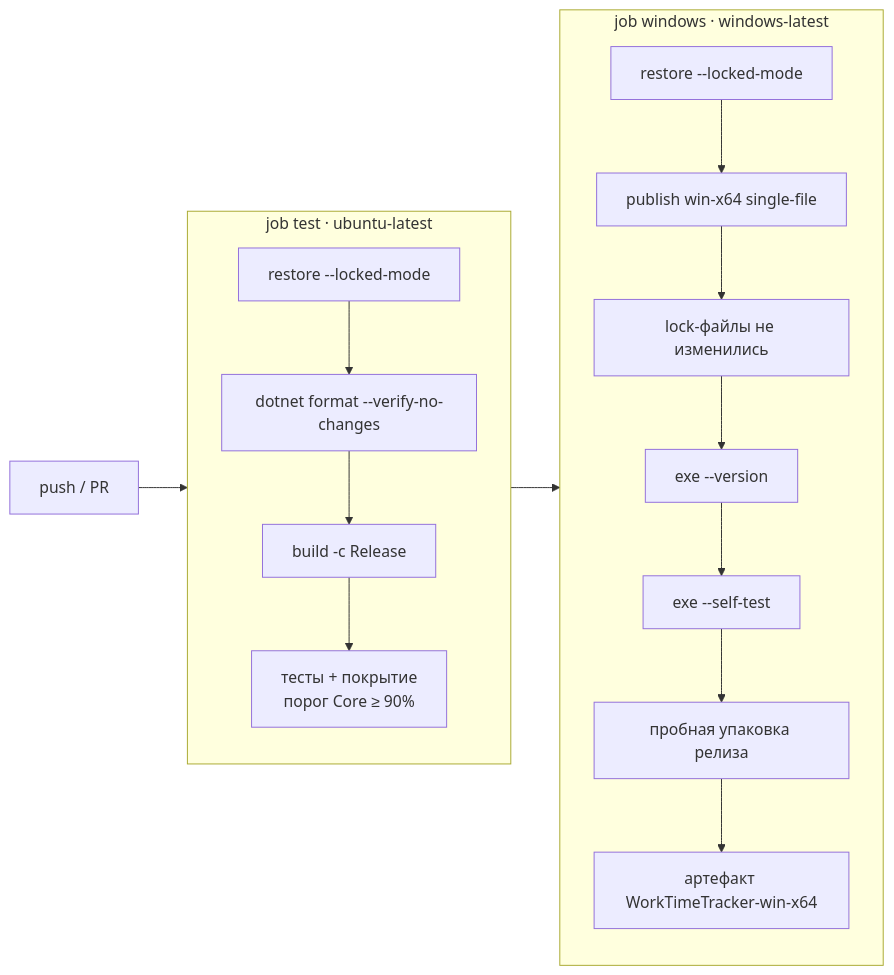
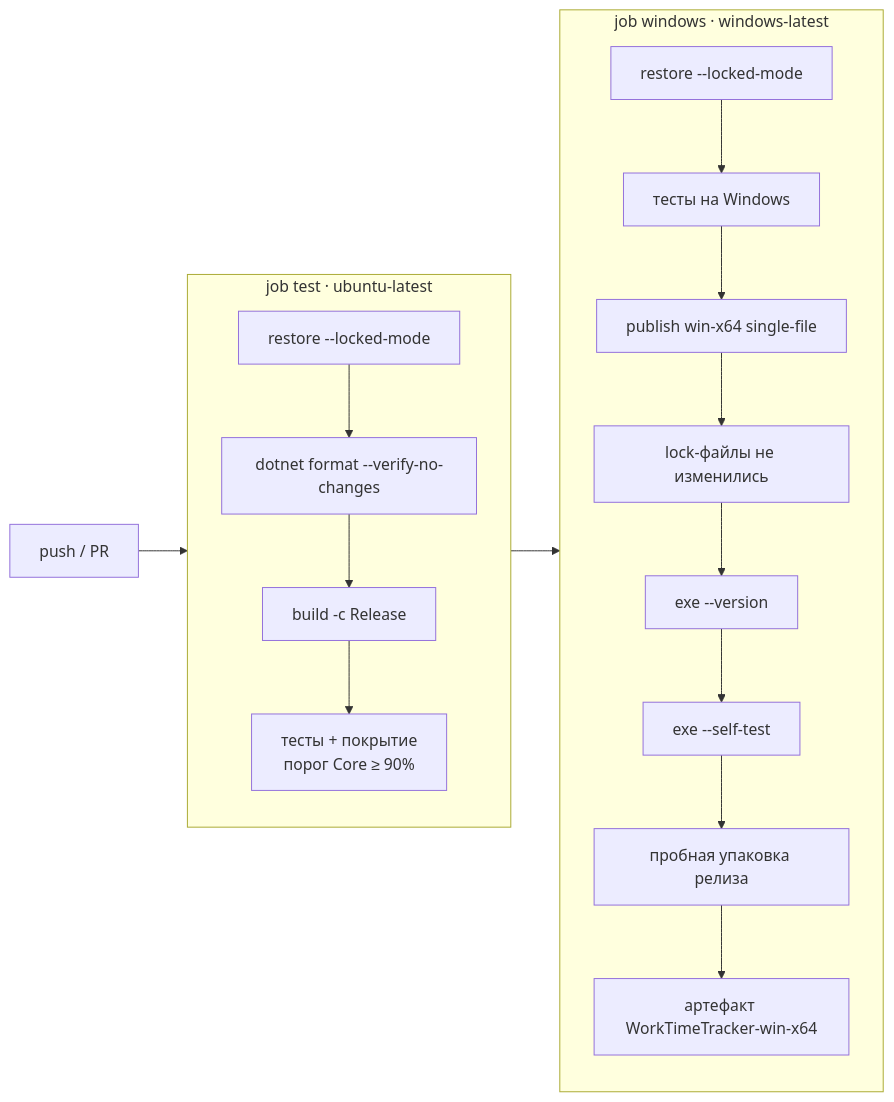
Before and after one commit to z1ec/RDN-time-tracker: the diagram in docs/BUILD_AND_RELEASE.md, drawn with Mermaid. The commit also changed other lines of this file and 4 other files, not shown here.

````diff
--- a/docs/BUILD_AND_RELEASE.md
+++ b/docs/BUILD_AND_RELEASE.md
@@ -9,11 +9,11 @@
 ```mermaid
 flowchart LR
     A[push / PR] --> T
     subgraph T["job test · ubuntu-latest"]
         T1[restore --locked-mode] --> T2[dotnet format --verify-no-changes] --> T3[build -c Release] --> T4["тесты + покрытие<br/>порог Core ≥ 90%"]
     end
     T --> W
     subgraph W["job windows · windows-latest"]
-        W1[restore --locked-mode] --> W2[publish win-x64 single-file] --> W3[lock-файлы не изменились] --> W4["exe --version"] --> W5["exe --self-test"] --> W6[пробная упаковка релиза] --> W7[артефакт WorkTimeTracker-win-x64]
+        W1[restore --locked-mode] --> W0[тесты на Windows] --> W2[publish win-x64 single-file] --> W3[lock-файлы не изменились] --> W4["exe --version"] --> W5["exe --self-test"] --> W6[пробная упаковка релиза] --> W7[артефакт WorkTimeTracker-win-x64]
     end
 ```
````
